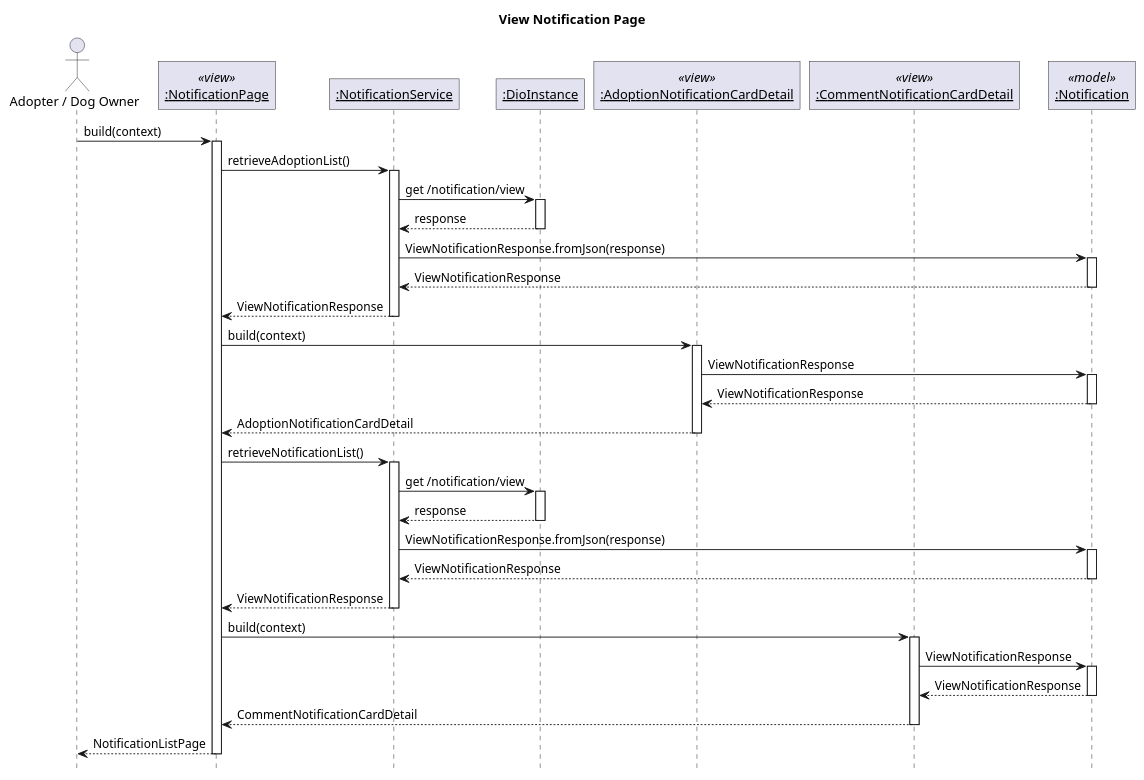
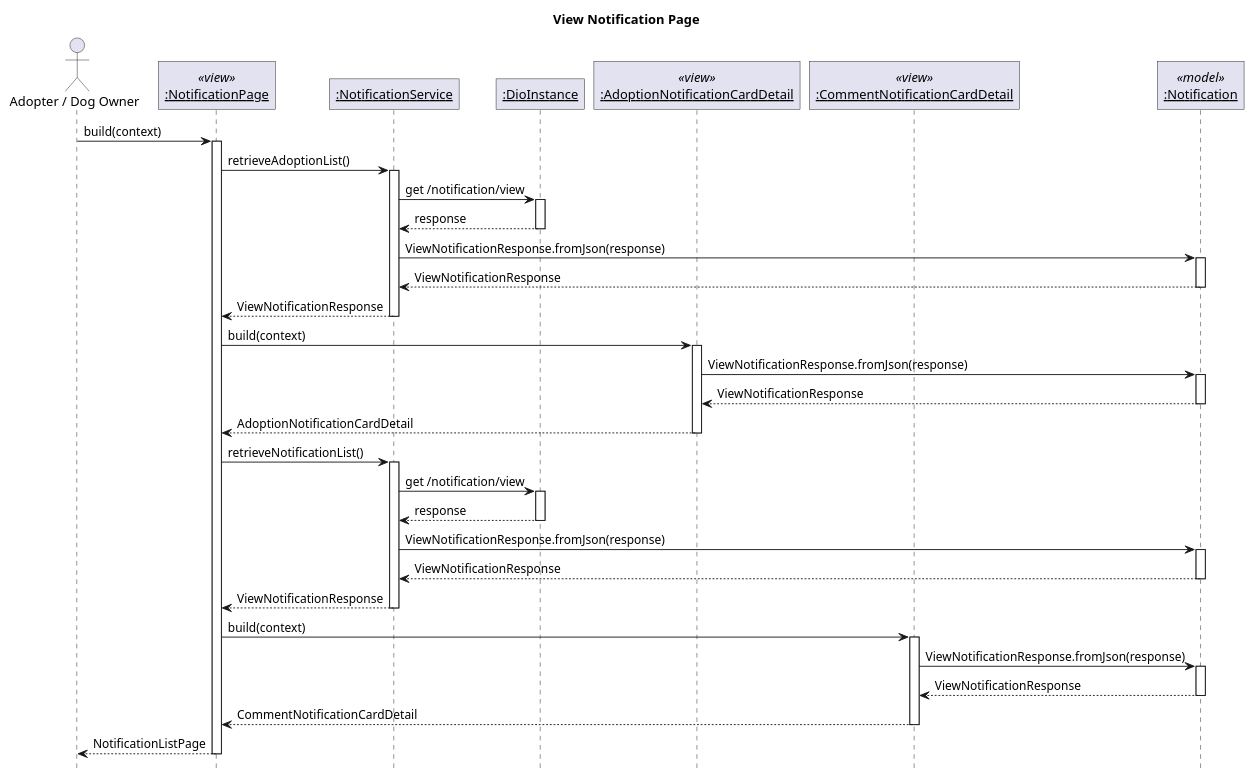
Before and after one commit to sharoncedila/FO_woofers: the diagram in lib/plantuml/notification/view notif.puml, drawn with PlantUML. The commit also changed 26 other files, not shown here.

```diff
--- a/lib/plantuml/notification/view notif.puml
+++ b/lib/plantuml/notification/view notif.puml
@@ -1,44 +1,44 @@
 @startuml View Notification Page
 ' Global param
 title View Notification Page
 autoactivate on
 
 ' Global style configuration
 skinparam RoundCorner 0
 hide footbox
 
 ' Sequence participant configuration
 actor "Adopter / Dog Owner" as User
 participant "__:NotificationPage__" as Page <<view>>
 participant "__:NotificationService__" as Service
 participant "__:DioInstance__" as Dio
 participant "__:AdoptionNotificationCardDetail__" as AdoptNotifCard <<view>>
 participant "__:CommentNotificationCardDetail__" as CommentNotifCard <<view>>
 participant "__:Notification__" as Model <<model>>
 
 ' Sequence diagram
 User -> Page: build(context)
 Page -> Service : retrieveAdoptionList()
 Service -> Dio : get /notification/view
 Service <-- Dio : response
 Service -> Model : ViewNotificationResponse.fromJson(response)
 Service <-- Model : ViewNotificationResponse
 Page <-- Service : ViewNotificationResponse
 Page -> AdoptNotifCard: build(context)
-AdoptNotifCard -> Model: ViewNotificationResponse
+AdoptNotifCard -> Model: ViewNotificationResponse.fromJson(response)
 AdoptNotifCard <-- Model: ViewNotificationResponse
 Page <-- AdoptNotifCard: AdoptionNotificationCardDetail
 Page -> Service : retrieveNotificationList()
 Service -> Dio : get /notification/view
 Service <-- Dio : response
 Service -> Model : ViewNotificationResponse.fromJson(response)
 Service <-- Model : ViewNotificationResponse
 Page <-- Service :ViewNotificationResponse
 Page -> CommentNotifCard : build(context)
-CommentNotifCard -> Model : ViewNotificationResponse
+CommentNotifCard -> Model : ViewNotificationResponse.fromJson(response)
 CommentNotifCard <-- Model : ViewNotificationResponse
 Page <-- CommentNotifCard : CommentNotificationCardDetail
 User <-- Page: NotificationListPage
 
 
 @enduml
```
